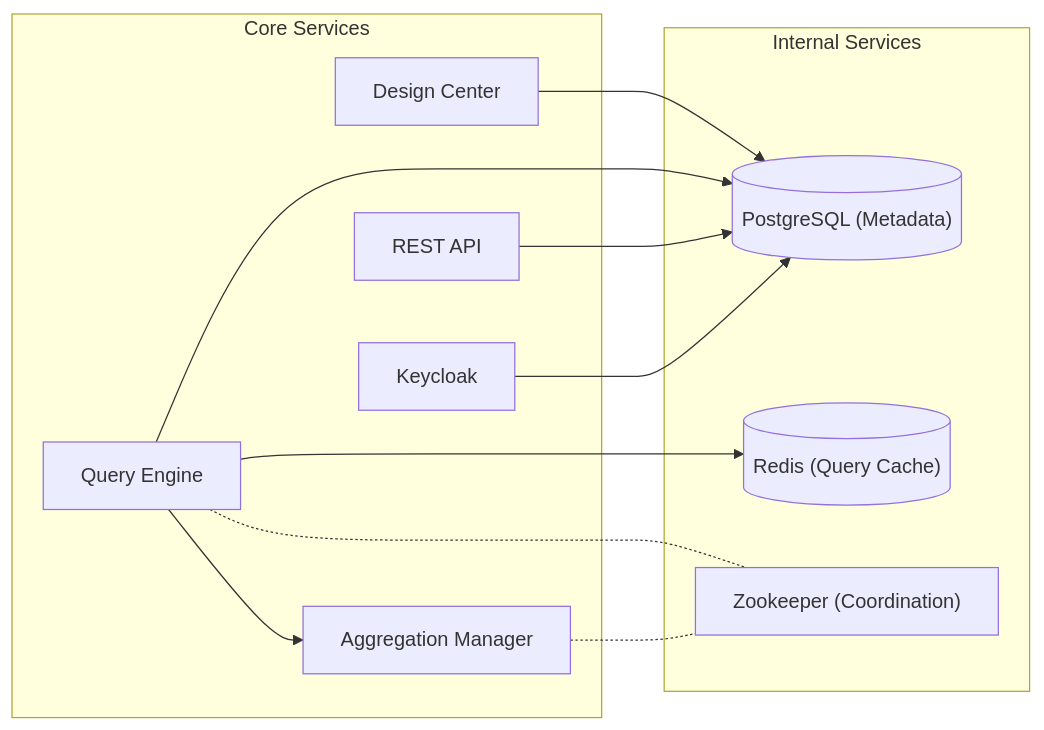
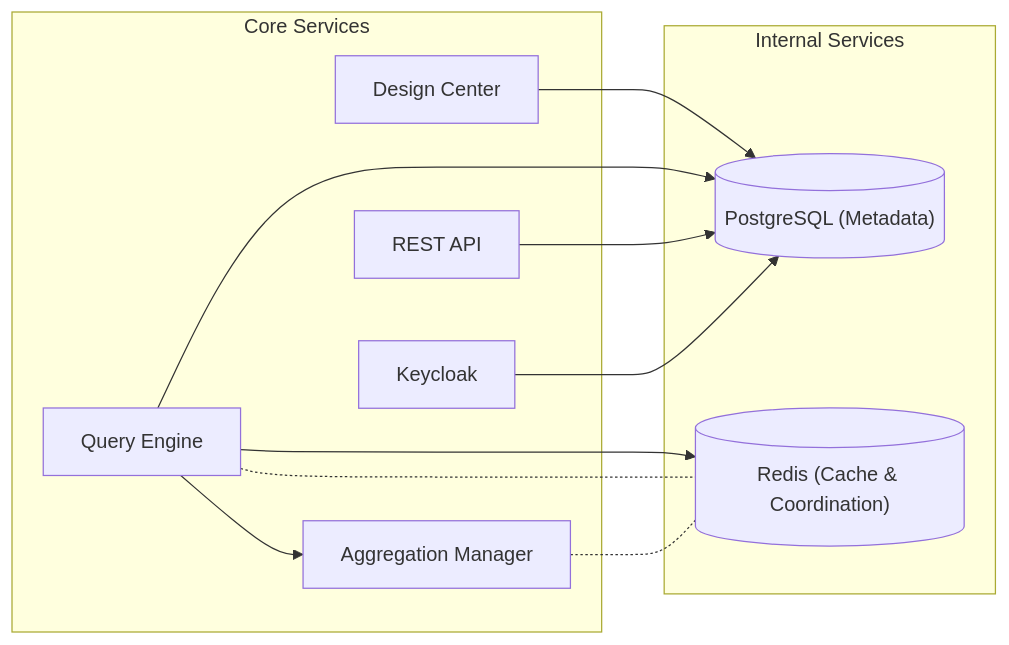
Before and after one commit to AtScaleInc/ps-utils: the second of 19 diagrams in docs/ARCHITECTURE.md, drawn with Mermaid. The commit also changed other lines of this file, not shown here.

Commit message:
deleted zookeeper from architecture diagram

````diff
--- a/docs/ARCHITECTURE.md
+++ b/docs/ARCHITECTURE.md
@@ -71,21 +71,20 @@
 ```mermaid
 flowchart LR
     subgraph CORE["Core Services"]
         DC["Design Center"]
         ENG["Query Engine"]
         AGG["Aggregation Manager"]
         API["REST API"]
         AUTH["Keycloak"]
     end
 
     subgraph STORE["Internal Services"]
         META[("PostgreSQL (Metadata)")]
-        CACHE[("Redis (Query Cache)")]
-        ZK["Zookeeper (Coordination)"]
+        CACHE[("Redis (Cache & Coordination)")]
     end
 
     DC & ENG & API & AUTH --> META
     ENG --> CACHE
     ENG --> AGG
-    ENG & AGG -.- ZK
+    ENG & AGG -.- CACHE
 ```
````
